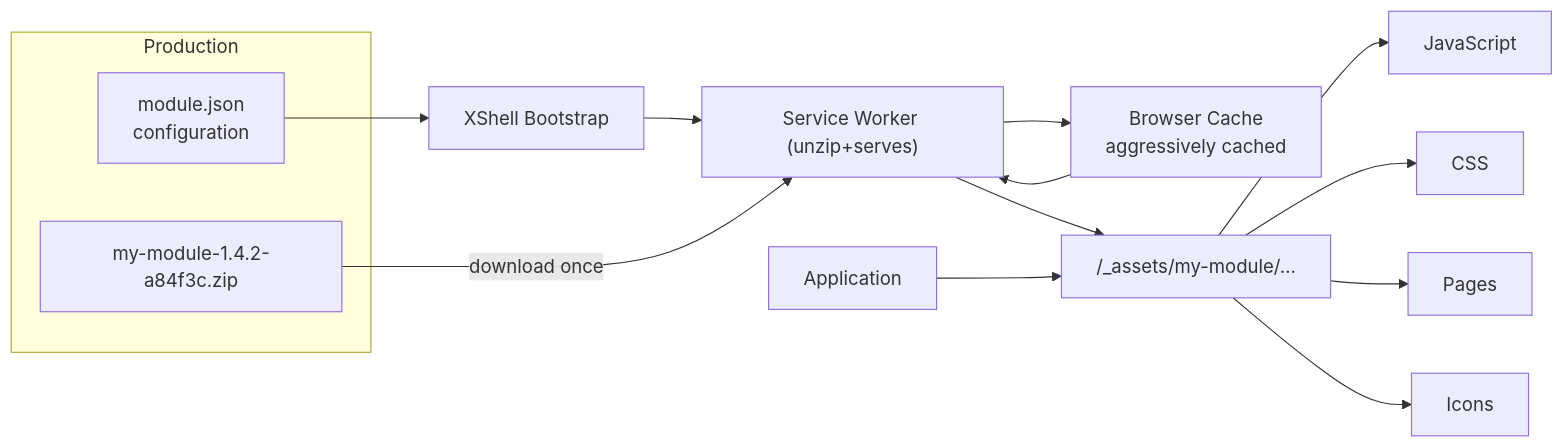
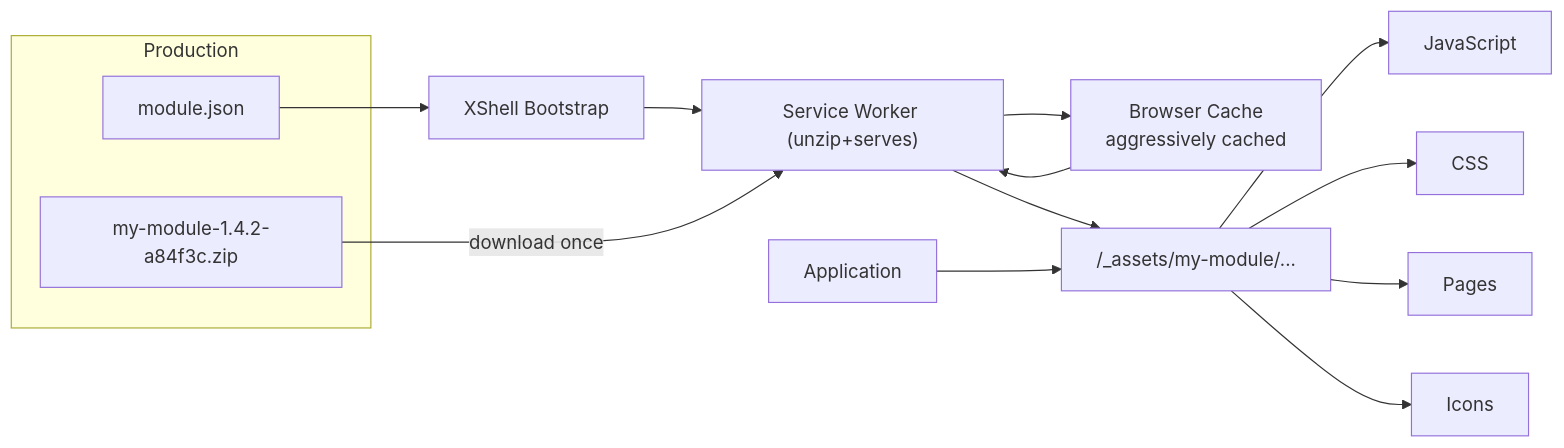
The second of 2 diagrams in src/DProjects.XShell/README.md (marcdp/xshell), drawn with Mermaid before and after one commit. The commit also changed other lines of this file, not shown here.

````diff
--- a/src/DProjects.XShell/README.md
+++ b/src/DProjects.XShell/README.md
@@ -107,25 +107,25 @@
 ```mermaid
 flowchart LR
 
     subgraph DEPLOY["Production"]
-        CFG["module.json<br/>configuration"]
+        CFG["module.json"]
         ZIP["my-module-1.4.2-a84f3c.zip"]
     end
 
     CFG --> BOOT["XShell Bootstrap"]
     BOOT --> SW["Service Worker (unzip+serves)"]
 
     ZIP -->|download once| SW
 
     SW --> CACHE["Browser Cache<br/>aggressively cached"]
     CACHE --> SW
 
     SW --> ASSETS["/_assets/my-module/..."]
 
     ASSETS --> JS["JavaScript"]
     ASSETS --> CSS["CSS"]
     ASSETS --> PAGES["Pages"]
     ASSETS --> ICONS["Icons"]
 
     BROWSER["Application"] --> ASSETS
 ```
````
